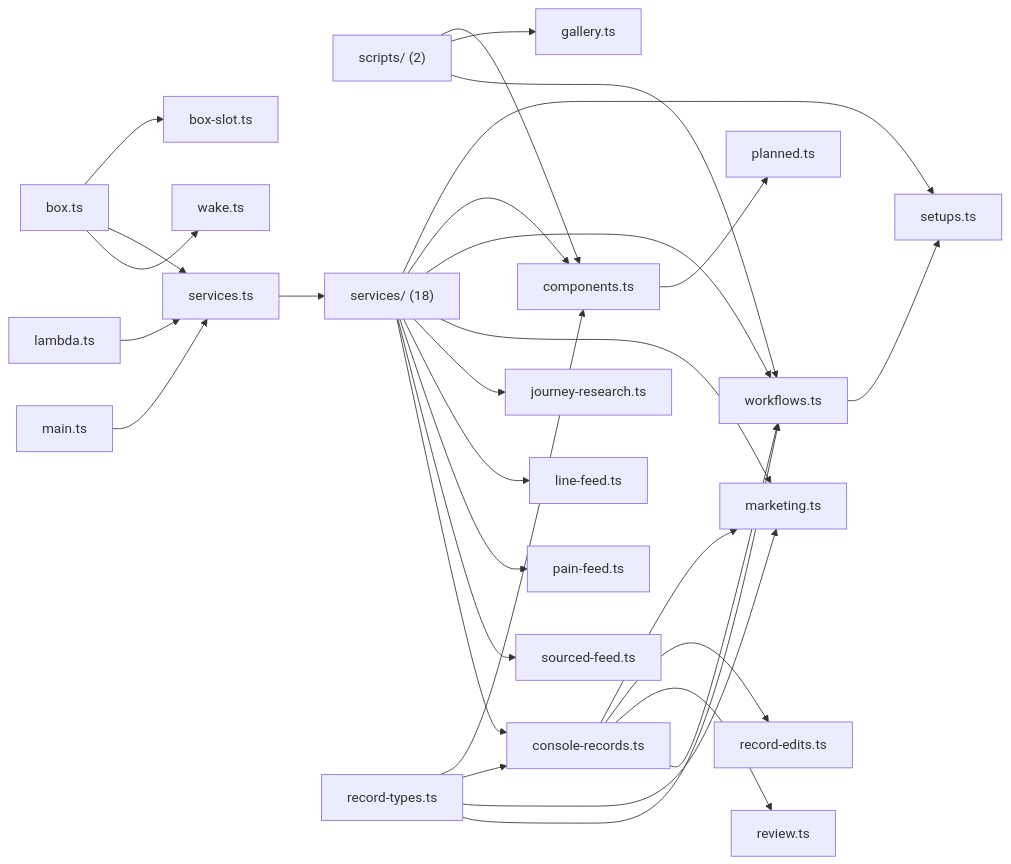
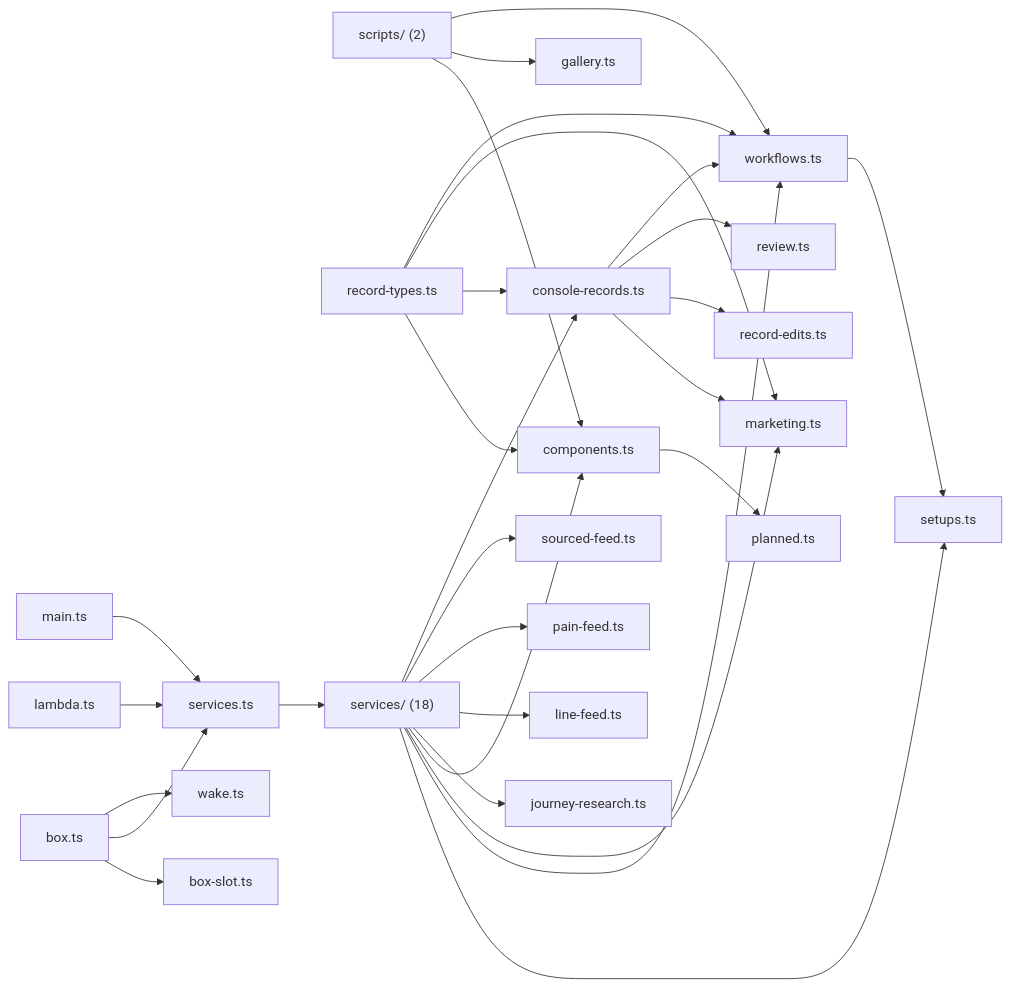
One commit to wrenautomation/wren changed the diagram in map/generated/imports/@wren+worker.md. Above: the diagram before and after it, drawn with Mermaid. The commit also changed other lines of this file and 96 other files, not shown here.

````diff
--- a/map/generated/imports/@wren+worker.md
+++ b/map/generated/imports/@wren+worker.md
@@ -47,53 +47,53 @@
 ```mermaid
 flowchart LR
-  ncomponents_ts["components.ts"]
-  nplanned_ts["planned.ts"]
-  nsetups_ts["setups.ts"]
-  nworkflows_ts["workflows.ts"]
-  nconsole_records_ts["console-records.ts"]
-  nmarketing_ts["marketing.ts"]
-  nrecord_edits_ts["record-edits.ts"]
-  nreview_ts["review.ts"]
   nscripts_["scripts/ (2)"]
-  ngallery_ts["gallery.ts"]
   nbox_slot_ts["box-slot.ts"]
   nbox_ts["box.ts"]
+  ncomponents_ts["components.ts"]
+  nconsole_records_ts["console-records.ts"]
+  ngallery_ts["gallery.ts"]
+  njourney_research_ts["journey-research.ts"]
+  nlambda_ts["lambda.ts"]
+  nline_feed_ts["line-feed.ts"]
+  nmain_ts["main.ts"]
+  nmarketing_ts["marketing.ts"]
+  npain_feed_ts["pain-feed.ts"]
+  nplanned_ts["planned.ts"]
+  nrecord_edits_ts["record-edits.ts"]
+  nrecord_types_ts["record-types.ts"]
+  nreview_ts["review.ts"]
   nservices_ts["services.ts"]
   nservices_["services/ (18)"]
-  njourney_research_ts["journey-research.ts"]
-  nline_feed_ts["line-feed.ts"]
-  npain_feed_ts["pain-feed.ts"]
+  nsetups_ts["setups.ts"]
   nsourced_feed_ts["sourced-feed.ts"]
   nwake_ts["wake.ts"]
-  nlambda_ts["lambda.ts"]
-  nmain_ts["main.ts"]
-  nrecord_types_ts["record-types.ts"]
-  ncomponents_ts --> nplanned_ts
-  nworkflows_ts --> nsetups_ts
-  nconsole_records_ts --> nmarketing_ts
-  nconsole_records_ts --> nrecord_edits_ts
-  nconsole_records_ts --> nreview_ts
-  nconsole_records_ts --> nworkflows_ts
+  nworkflows_ts["workflows.ts"]
   nscripts_ --> ncomponents_ts
   nscripts_ --> ngallery_ts
   nscripts_ --> nworkflows_ts
   nbox_ts --> nbox_slot_ts
   nbox_ts --> nservices_ts
   nbox_ts --> nwake_ts
-  nservices_ts --> nservices_
-  nservices_ --> nsetups_ts
-  nservices_ --> ncomponents_ts
-  nservices_ --> nworkflows_ts
-  nservices_ --> nmarketing_ts
-  nservices_ --> njourney_research_ts
-  nservices_ --> nline_feed_ts
-  nservices_ --> npain_feed_ts
-  nservices_ --> nsourced_feed_ts
-  nservices_ --> nconsole_records_ts
+  ncomponents_ts --> nplanned_ts
+  nconsole_records_ts --> nmarketing_ts
+  nconsole_records_ts --> nrecord_edits_ts
+  nconsole_records_ts --> nreview_ts
+  nconsole_records_ts --> nworkflows_ts
   nlambda_ts --> nservices_ts
   nmain_ts --> nservices_ts
   nrecord_types_ts --> ncomponents_ts
   nrecord_types_ts --> nconsole_records_ts
   nrecord_types_ts --> nmarketing_ts
   nrecord_types_ts --> nworkflows_ts
+  nservices_ts --> nservices_
+  nservices_ --> nsetups_ts
+  nservices_ --> nworkflows_ts
+  nservices_ --> nmarketing_ts
+  nservices_ --> ncomponents_ts
+  nservices_ --> njourney_research_ts
+  nservices_ --> nline_feed_ts
+  nservices_ --> npain_feed_ts
+  nservices_ --> nsourced_feed_ts
+  nservices_ --> nconsole_records_ts
+  nworkflows_ts --> nsetups_ts
 ```
````
